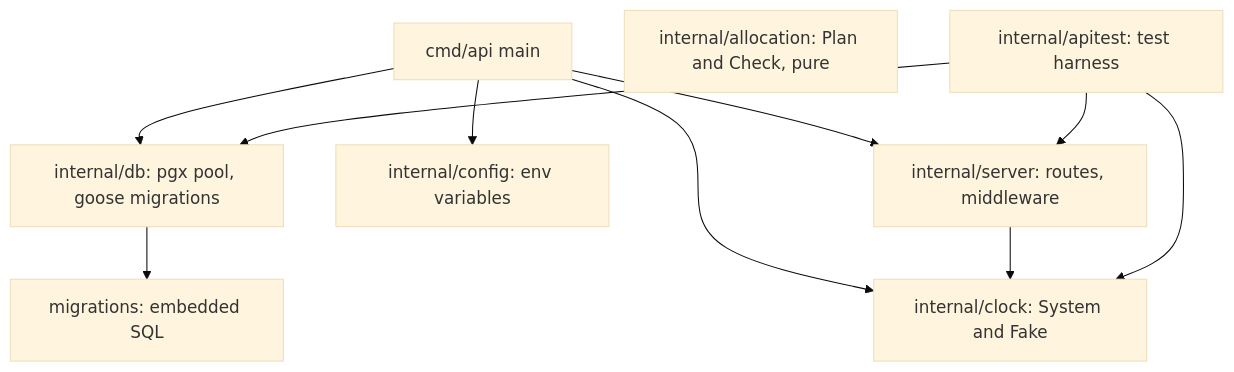
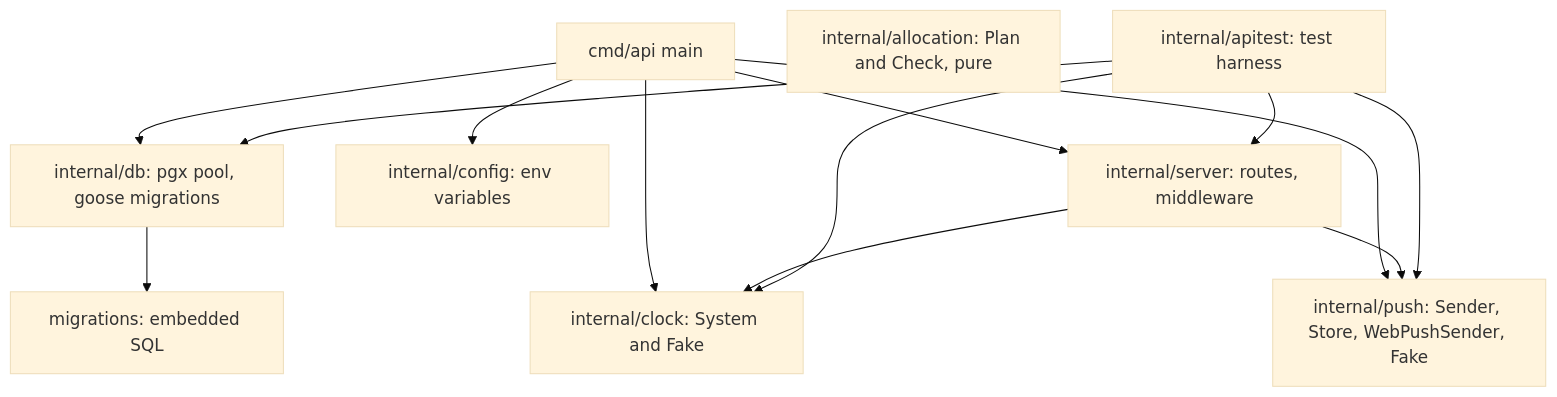
One commit to AbnerWillclefy/Homeowner changed the first of 3 diagrams in docs/architecture/backend.md. Above: the diagram before and after it, drawn with Mermaid (base theme). The commit also changed other lines of this file and 7 other files, not shown here.

````diff
--- a/docs/architecture/backend.md
+++ b/docs/architecture/backend.md
@@ -16,21 +16,25 @@
 ```mermaid
 flowchart TD
     main["cmd/api main"]
     server["internal/server: routes, middleware"]
     config["internal/config: env variables"]
     db["internal/db: pgx pool, goose migrations"]
     clock["internal/clock: System and Fake"]
+    push["internal/push: Sender, Store, WebPushSender, Fake"]
     mig["migrations: embedded SQL"]
     alloc["internal/allocation: Plan and Check, pure"]
     apitest["internal/apitest: test harness"]
 
     main --> config
     main --> db
     main --> server
     main --> clock
+    main --> push
     server --> clock
+    server --> push
+    apitest --> push
     db --> mig
     apitest --> server
     apitest --> db
     apitest --> clock
 ```
````
